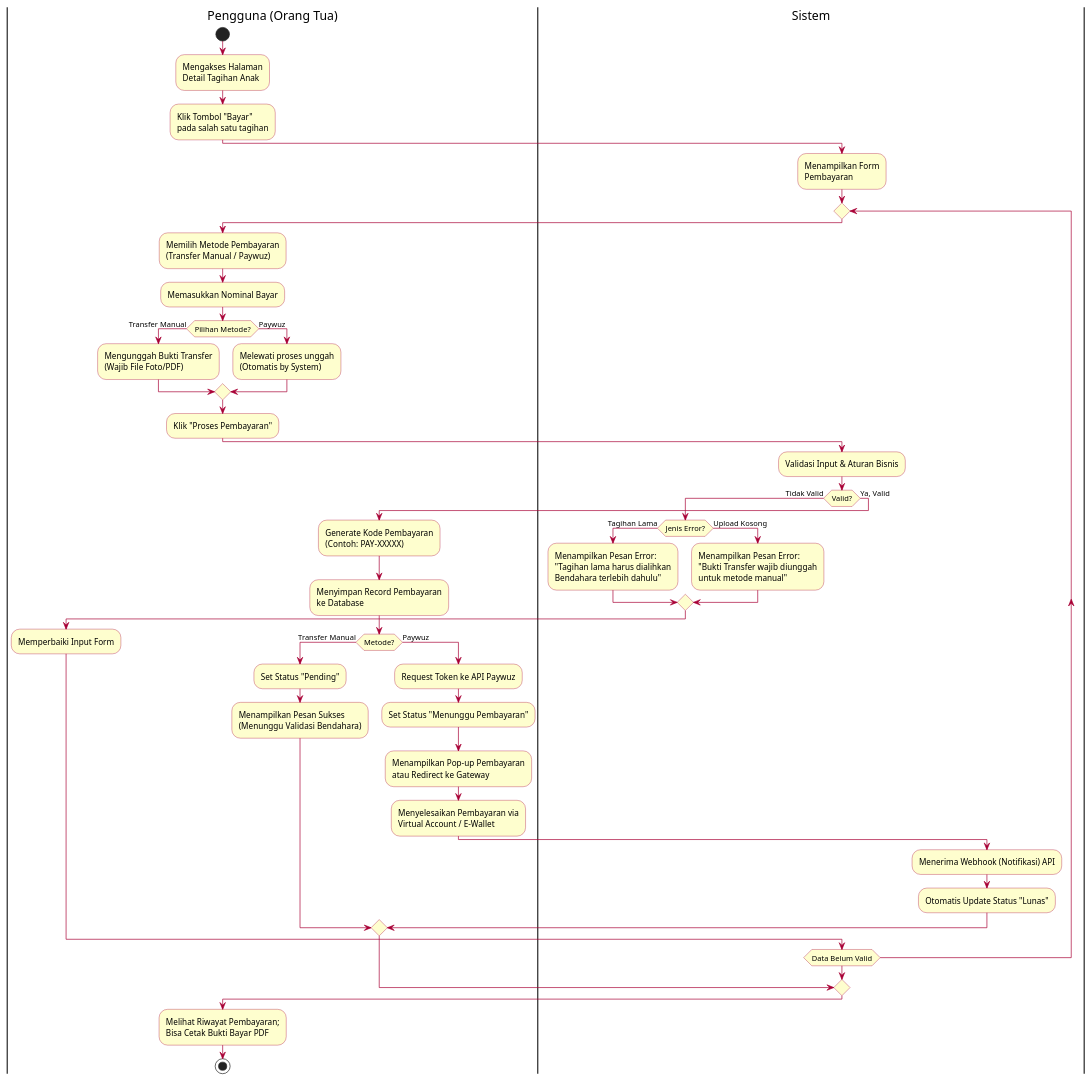
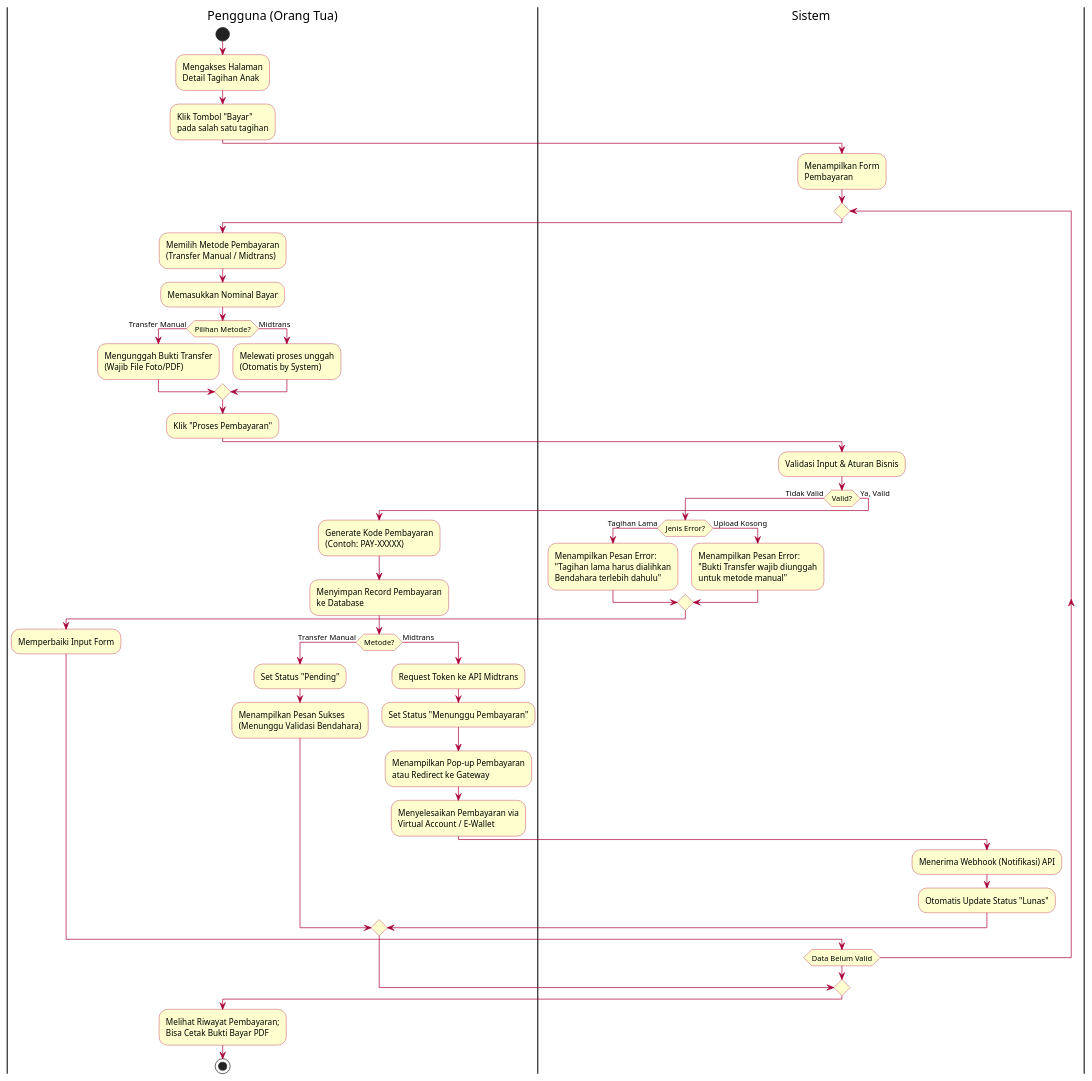
Before and after one commit to shendelzare7sw/sipaduhok: the diagram in docs/flow/Act/activity-melakukan-pembayaran.puml, drawn with PlantUML. The commit also changed 46 other files, not shown here.

First line of the commit message:
feat(payment): replace Paywuz with Midtrans Snap gateway

```diff
--- a/docs/flow/Act/activity-melakukan-pembayaran.puml
+++ b/docs/flow/Act/activity-melakukan-pembayaran.puml
@@ -1,58 +1,58 @@
 @startuml activity-melakukan-pembayaran
 skinparam ActivityBackgroundColor #FEFECE
 skinparam ActivityBorderColor #A80036
 skinparam ArrowColor #A80036
 
 |Pengguna (Orang Tua)|
 start
 :Mengakses Halaman\nDetail Tagihan Anak;
 :Klik Tombol "Bayar"\npada salah satu tagihan;
 
 |Sistem|
 :Menampilkan Form\nPembayaran;
 
 repeat
     |Pengguna (Orang Tua)|
-    :Memilih Metode Pembayaran\n(Transfer Manual / Paywuz);
+    :Memilih Metode Pembayaran\n(Transfer Manual / Midtrans);
     :Memasukkan Nominal Bayar;
     if (Pilihan Metode?) then (Transfer Manual)
         :Mengunggah Bukti Transfer\n(Wajib File Foto/PDF);
-    else (Paywuz)
+    else (Midtrans)
         :Melewati proses unggah\n(Otomatis by System);
     endif
     :Klik "Proses Pembayaran";
 
     |Sistem|
     :Validasi Input & Aturan Bisnis;
     if (Valid?) then (Tidak Valid)
         if (Jenis Error?) then (Tagihan Lama)
             :Menampilkan Pesan Error:\n"Tagihan lama harus dialihkan\nBendahara terlebih dahulu";
         else (Upload Kosong)
             :Menampilkan Pesan Error:\n"Bukti Transfer wajib diunggah\nuntuk metode manual";
         endif
         |Pengguna (Orang Tua)|
         :Memperbaiki Input Form;
     else (Ya, Valid)
         :Generate Kode Pembayaran\n(Contoh: PAY-XXXXX);
         :Menyimpan Record Pembayaran\nke Database;
         if (Metode?) then (Transfer Manual)
             :Set Status "Pending";
             :Menampilkan Pesan Sukses\n(Menunggu Validasi Bendahara);
-        else (Paywuz)
-            :Request Token ke API Paywuz;
+        else (Midtrans)
+            :Request Token ke API Midtrans;
             :Set Status "Menunggu Pembayaran";
             :Menampilkan Pop-up Pembayaran\natau Redirect ke Gateway;
             |Pengguna (Orang Tua)|
             :Menyelesaikan Pembayaran via\nVirtual Account / E-Wallet;
             |Sistem|
             :Menerima Webhook (Notifikasi) API;
             :Otomatis Update Status "Lunas";
         endif
         break
     endif
 repeat while (Data Belum Valid)
 
 |Pengguna (Orang Tua)|
 :Melihat Riwayat Pembayaran;\nBisa Cetak Bukti Bayar PDF;
 stop
 @enduml
```
